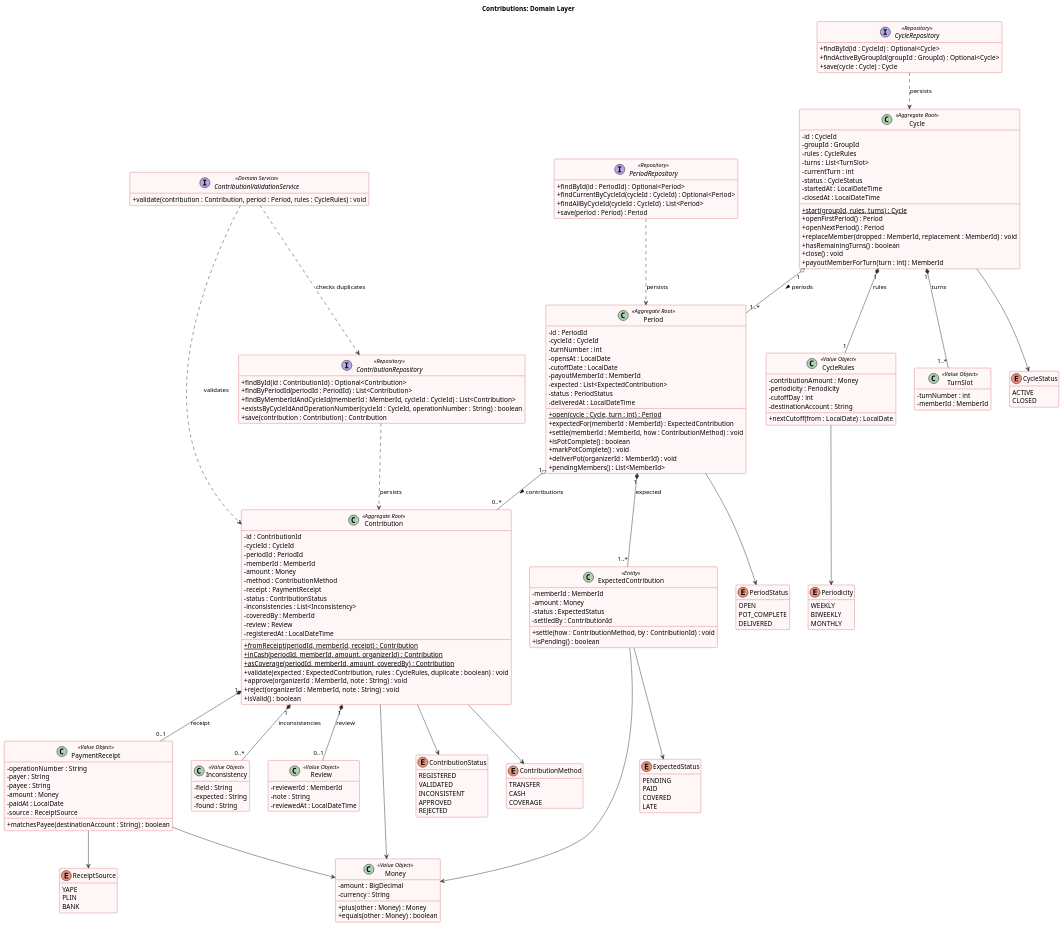
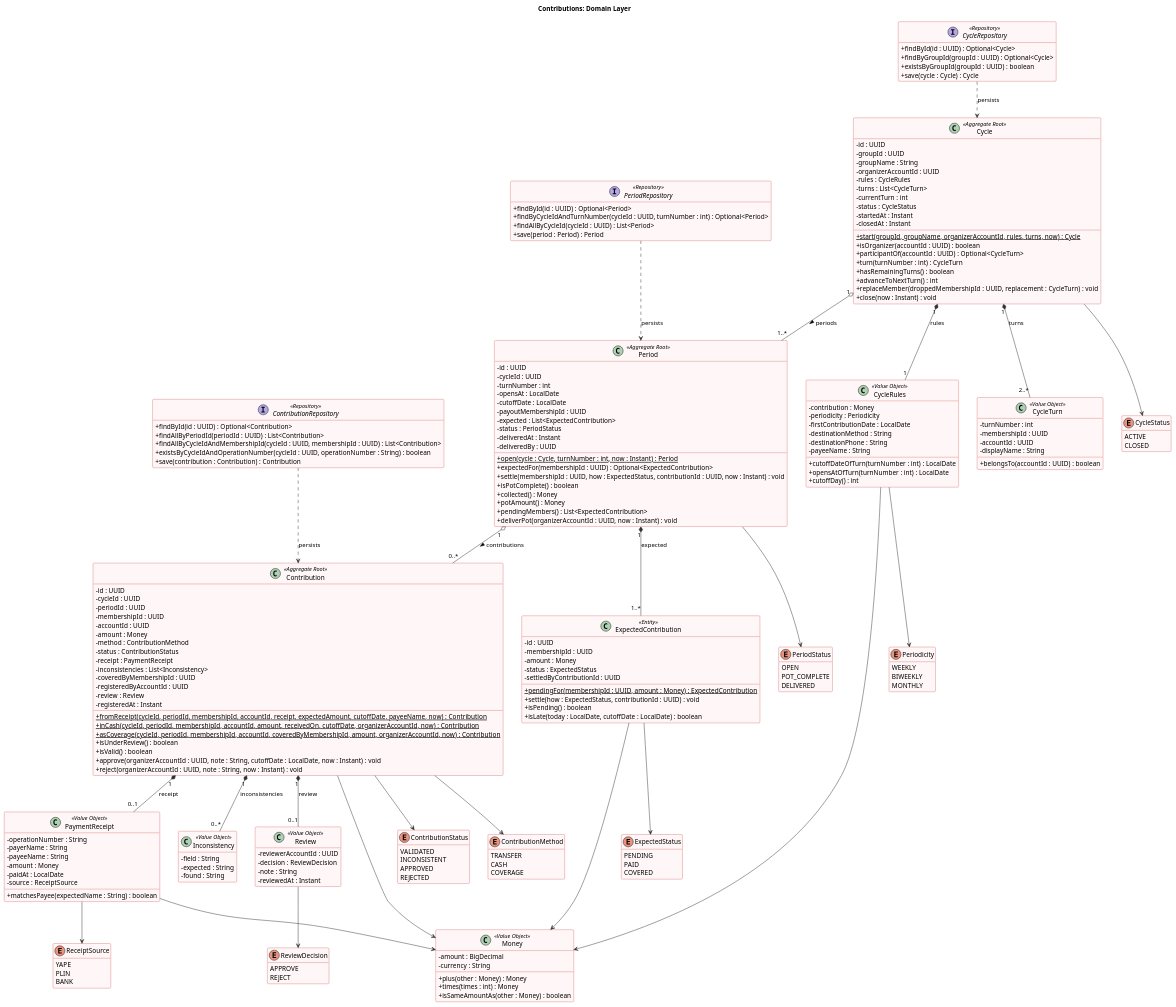
One commit to kerolabs/pozzo-doc changed the diagram in docs/architecture/uml/contributions-domain.puml. Above: the diagram before and after it, drawn with PlantUML. The commit also changed 4 other files, not shown here.

Commit message:
fix: align the domain layer class diagrams with the backend

```diff
--- a/docs/architecture/uml/contributions-domain.puml
+++ b/docs/architecture/uml/contributions-domain.puml
@@ -21,92 +21,109 @@
 hide empty members
 
   class Cycle <<Aggregate Root>> {
-    - id : CycleId
-    - groupId : GroupId
+    - id : UUID
+    - groupId : UUID
+    - groupName : String
+    - organizerAccountId : UUID
     - rules : CycleRules
-    - turns : List<TurnSlot>
+    - turns : List<CycleTurn>
     - currentTurn : int
     - status : CycleStatus
-    - startedAt : LocalDateTime
-    - closedAt : LocalDateTime
-    + start(groupId, rules, turns) : Cycle {static}
-    + openFirstPeriod() : Period
-    + openNextPeriod() : Period
-    + replaceMember(dropped : MemberId, replacement : MemberId) : void
+    - startedAt : Instant
+    - closedAt : Instant
+    + start(groupId, groupName, organizerAccountId, rules, turns, now) : Cycle {static}
+    + isOrganizer(accountId : UUID) : boolean
+    + participantOf(accountId : UUID) : Optional<CycleTurn>
+    + turn(turnNumber : int) : CycleTurn
     + hasRemainingTurns() : boolean
-    + close() : void
-    + payoutMemberForTurn(turn : int) : MemberId
+    + advanceToNextTurn() : int
+    + replaceMember(droppedMembershipId : UUID, replacement : CycleTurn) : void
+    + close(now : Instant) : void
   }
 
   class Period <<Aggregate Root>> {
-    - id : PeriodId
-    - cycleId : CycleId
+    - id : UUID
+    - cycleId : UUID
     - turnNumber : int
     - opensAt : LocalDate
     - cutoffDate : LocalDate
-    - payoutMemberId : MemberId
+    - payoutMembershipId : UUID
     - expected : List<ExpectedContribution>
     - status : PeriodStatus
-    - deliveredAt : LocalDateTime
-    + open(cycle : Cycle, turn : int) : Period {static}
-    + expectedFor(memberId : MemberId) : ExpectedContribution
-    + settle(memberId : MemberId, how : ContributionMethod) : void
+    - deliveredAt : Instant
+    - deliveredBy : UUID
+    + open(cycle : Cycle, turnNumber : int, now : Instant) : Period {static}
+    + expectedFor(membershipId : UUID) : Optional<ExpectedContribution>
+    + settle(membershipId : UUID, how : ExpectedStatus, contributionId : UUID, now : Instant) : void
     + isPotComplete() : boolean
-    + markPotComplete() : void
-    + deliverPot(organizerId : MemberId) : void
-    + pendingMembers() : List<MemberId>
+    + collected() : Money
+    + potAmount() : Money
+    + pendingMembers() : List<ExpectedContribution>
+    + deliverPot(organizerAccountId : UUID, now : Instant) : void
   }
 
   class Contribution <<Aggregate Root>> {
-    - id : ContributionId
-    - cycleId : CycleId
-    - periodId : PeriodId
-    - memberId : MemberId
+    - id : UUID
+    - cycleId : UUID
+    - periodId : UUID
+    - membershipId : UUID
+    - accountId : UUID
     - amount : Money
     - method : ContributionMethod
+    - status : ContributionStatus
     - receipt : PaymentReceipt
-    - status : ContributionStatus
     - inconsistencies : List<Inconsistency>
-    - coveredBy : MemberId
+    - coveredByMembershipId : UUID
+    - registeredByAccountId : UUID
     - review : Review
-    - registeredAt : LocalDateTime
-    + fromReceipt(periodId, memberId, receipt) : Contribution {static}
-    + inCash(periodId, memberId, amount, organizerId) : Contribution {static}
-    + asCoverage(periodId, memberId, amount, coveredBy) : Contribution {static}
-    + validate(expected : ExpectedContribution, rules : CycleRules, duplicate : boolean) : void
-    + approve(organizerId : MemberId, note : String) : void
-    + reject(organizerId : MemberId, note : String) : void
+    - registeredAt : Instant
+    + fromReceipt(cycleId, periodId, membershipId, accountId, receipt, expectedAmount, cutoffDate, payeeName, now) : Contribution {static}
+    + inCash(cycleId, periodId, membershipId, accountId, amount, receivedOn, cutoffDate, organizerAccountId, now) : Contribution {static}
+    + asCoverage(cycleId, periodId, membershipId, accountId, coveredByMembershipId, amount, organizerAccountId, now) : Contribution {static}
+    + isUnderReview() : boolean
     + isValid() : boolean
+    + approve(organizerAccountId : UUID, note : String, cutoffDate : LocalDate, now : Instant) : void
+    + reject(organizerAccountId : UUID, note : String, now : Instant) : void
   }
 
   class ExpectedContribution <<Entity>> {
-    - memberId : MemberId
+    - id : UUID
+    - membershipId : UUID
     - amount : Money
     - status : ExpectedStatus
-    - settledBy : ContributionId
-    + settle(how : ContributionMethod, by : ContributionId) : void
+    - settledByContributionId : UUID
+    + pendingFor(membershipId : UUID, amount : Money) : ExpectedContribution {static}
+    + settle(how : ExpectedStatus, contributionId : UUID) : void
     + isPending() : boolean
+    + isLate(today : LocalDate, cutoffDate : LocalDate) : boolean
   }
 
   class CycleRules <<Value Object>> {
-    - contributionAmount : Money
+    - contribution : Money
     - periodicity : Periodicity
-    - cutoffDay : int
-    - destinationAccount : String
-    + nextCutoff(from : LocalDate) : LocalDate
+    - firstContributionDate : LocalDate
+    - destinationMethod : String
+    - destinationPhone : String
+    - payeeName : String
+    + cutoffDateOfTurn(turnNumber : int) : LocalDate
+    + opensAtOfTurn(turnNumber : int) : LocalDate
+    + cutoffDay() : int
   }
-  class TurnSlot <<Value Object>> {
+  class CycleTurn <<Value Object>> {
     - turnNumber : int
-    - memberId : MemberId
+    - membershipId : UUID
+    - accountId : UUID
+    - displayName : String
+    + belongsTo(accountId : UUID) : boolean
   }
   class PaymentReceipt <<Value Object>> {
     - operationNumber : String
-    - payer : String
-    - payee : String
+    - payerName : String
+    - payeeName : String
     - amount : Money
     - paidAt : LocalDate
     - source : ReceiptSource
-    + matchesPayee(destinationAccount : String) : boolean
+    + matchesPayee(expectedName : String) : boolean
   }
   class Inconsistency <<Value Object>> {
     - field : String
@@ -114,15 +131,17 @@
     - found : String
   }
   class Review <<Value Object>> {
-    - reviewerId : MemberId
+    - reviewerAccountId : UUID
+    - decision : ReviewDecision
     - note : String
-    - reviewedAt : LocalDateTime
+    - reviewedAt : Instant
   }
   class Money <<Value Object>> {
     - amount : BigDecimal
     - currency : String
     + plus(other : Money) : Money
-    + equals(other : Money) : boolean
+    + times(times : int) : Money
+    + isSameAmountAs(other : Money) : boolean
   }
 
   enum CycleStatus {
@@ -135,7 +154,6 @@
     DELIVERED
   }
   enum ContributionStatus {
-    REGISTERED
     VALIDATED
     INCONSISTENT
     APPROVED
@@ -150,7 +168,10 @@
     PENDING
     PAID
     COVERED
-    LATE
+  }
+  enum ReviewDecision {
+    APPROVE
+    REJECT
   }
   enum Periodicity {
     WEEKLY
@@ -163,31 +184,28 @@
     BANK
   }
 
-  interface ContributionValidationService <<Domain Service>> {
-    + validate(contribution : Contribution, period : Period, rules : CycleRules) : void
-  }
-
   interface CycleRepository <<Repository>> {
-    + findById(id : CycleId) : Optional<Cycle>
-    + findActiveByGroupId(groupId : GroupId) : Optional<Cycle>
+    + findById(id : UUID) : Optional<Cycle>
+    + findByGroupId(groupId : UUID) : Optional<Cycle>
+    + existsByGroupId(groupId : UUID) : boolean
     + save(cycle : Cycle) : Cycle
   }
   interface PeriodRepository <<Repository>> {
-    + findById(id : PeriodId) : Optional<Period>
-    + findCurrentByCycleId(cycleId : CycleId) : Optional<Period>
-    + findAllByCycleId(cycleId : CycleId) : List<Period>
+    + findById(id : UUID) : Optional<Period>
+    + findByCycleIdAndTurnNumber(cycleId : UUID, turnNumber : int) : Optional<Period>
+    + findAllByCycleId(cycleId : UUID) : List<Period>
     + save(period : Period) : Period
   }
   interface ContributionRepository <<Repository>> {
-    + findById(id : ContributionId) : Optional<Contribution>
-    + findByPeriodId(periodId : PeriodId) : List<Contribution>
-    + findByMemberIdAndCycleId(memberId : MemberId, cycleId : CycleId) : List<Contribution>
-    + existsByCycleIdAndOperationNumber(cycleId : CycleId, operationNumber : String) : boolean
+    + findById(id : UUID) : Optional<Contribution>
+    + findAllByPeriodId(periodId : UUID) : List<Contribution>
+    + findAllByCycleIdAndMembershipId(cycleId : UUID, membershipId : UUID) : List<Contribution>
+    + existsByCycleIdAndOperationNumber(cycleId : UUID, operationNumber : String) : boolean
     + save(contribution : Contribution) : Contribution
   }
 
 Cycle "1" *-- "1" CycleRules : rules
-Cycle "1" *-- "1..*" TurnSlot : turns
+Cycle "1" *-- "2..*" CycleTurn : turns
 Cycle "1" o-- "1..*" Period : periods >
 Period "1" *-- "1..*" ExpectedContribution : expected
 Period "1" o-- "0..*" Contribution : contributions >
@@ -197,8 +215,10 @@
 Contribution --> Money
 ExpectedContribution --> Money
 PaymentReceipt --> Money
+CycleRules --> Money
 CycleRules --> Periodicity
 PaymentReceipt --> ReceiptSource
+Review --> ReviewDecision
 Cycle --> CycleStatus
 Period --> PeriodStatus
 Contribution --> ContributionStatus
@@ -208,6 +228,4 @@
 CycleRepository ..> Cycle : persists
 PeriodRepository ..> Period : persists
 ContributionRepository ..> Contribution : persists
-ContributionValidationService ..> Contribution : validates
-ContributionValidationService ..> ContributionRepository : checks duplicates
 @enduml
```
